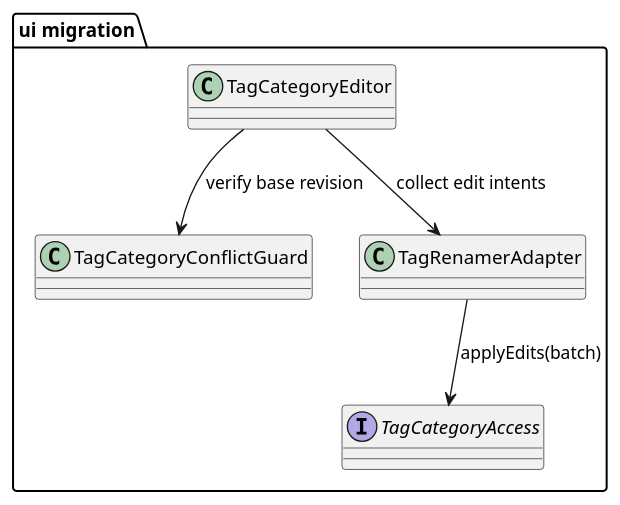
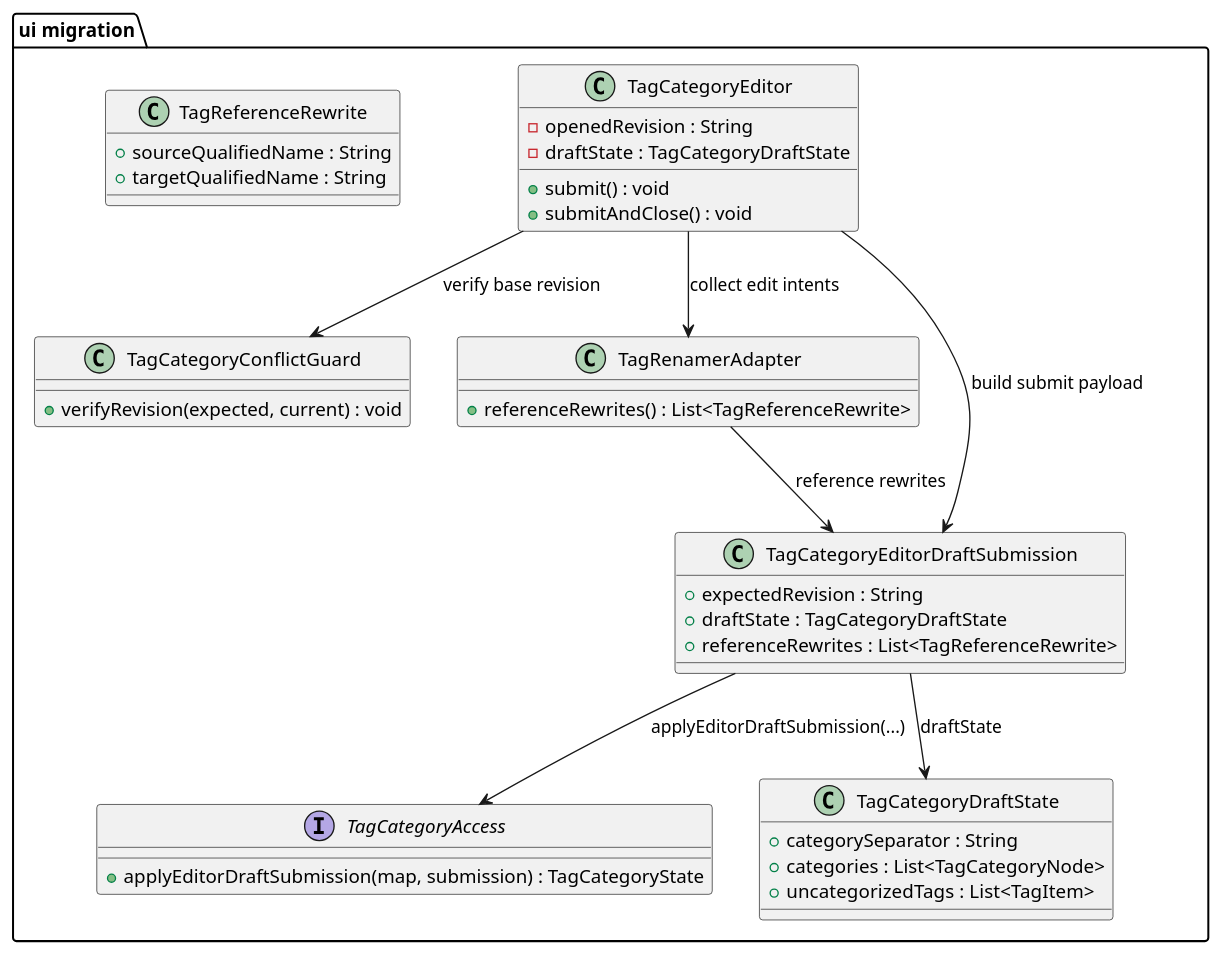
One commit to guoranjun2/nexordia changed the seventh of 7 diagrams in ai-specs/tasks/in-progress/expose-node-tags-to-ai-tools.md. Above: the diagram before and after it, drawn with PlantUML. The commit also changed other lines of this file and 44 other files, not shown here.

Commit message:
expose-node-tags-to-ai-tools: implement shared tag category access for UI, script, and AI

````diff
--- a/ai-specs/tasks/in-progress/expose-node-tags-to-ai-tools.md
+++ b/ai-specs/tasks/in-progress/expose-node-tags-to-ai-tools.md
@@ -594,15 +1092,43 @@
 ```plantuml
 @startuml
 set separator none
 package "ui migration" {
-  class TagCategoryEditor
-  class TagCategoryConflictGuard
-  interface TagCategoryAccess
-  class TagRenamerAdapter
+  class TagCategoryEditor {
+    - openedRevision : String
+    - draftState : TagCategoryDraftState
+    + submit() : void
+    + submitAndClose() : void
+  }
+  class TagCategoryConflictGuard {
+    + verifyRevision(expected, current) : void
+  }
+  interface TagCategoryAccess {
+    + applyEditorDraftSubmission(map, submission) : TagCategoryState
+  }
+  class TagRenamerAdapter {
+    + referenceRewrites() : List<TagReferenceRewrite>
+  }
+  class TagCategoryEditorDraftSubmission {
+    + expectedRevision : String
+    + draftState : TagCategoryDraftState
+    + referenceRewrites : List<TagReferenceRewrite>
+  }
+  class TagCategoryDraftState {
+    + categorySeparator : String
+    + categories : List<TagCategoryNode>
+    + uncategorizedTags : List<TagItem>
+  }
+  class TagReferenceRewrite {
+    + sourceQualifiedName : String
+    + targetQualifiedName : String
+  }
 }
 
 TagCategoryEditor --> TagCategoryConflictGuard : verify base revision
 TagCategoryEditor --> TagRenamerAdapter : collect edit intents
-TagRenamerAdapter --> TagCategoryAccess : applyEdits(batch)
+TagCategoryEditor --> TagCategoryEditorDraftSubmission : build submit payload
+TagCategoryEditorDraftSubmission --> TagCategoryDraftState : draftState
+TagRenamerAdapter --> TagCategoryEditorDraftSubmission : reference rewrites
+TagCategoryEditorDraftSubmission --> TagCategoryAccess : applyEditorDraftSubmission(...)
 @enduml
 ```
````
